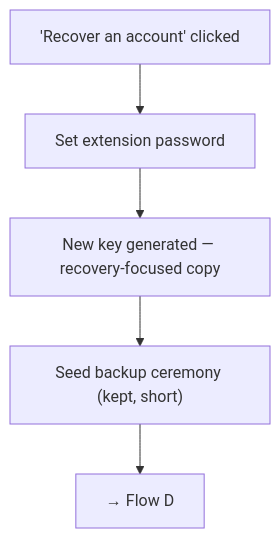
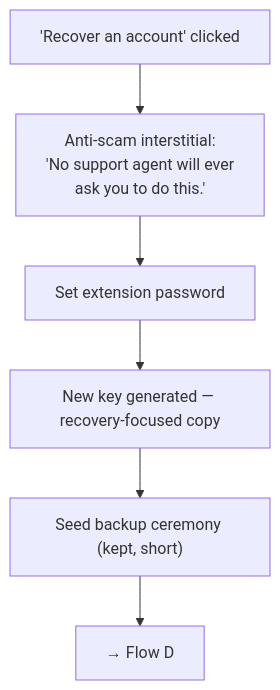
One commit to FiboAtWonder/kohaku-extension changed the second of 10 diagrams in social-recovery-ux-flows.md. Above: the diagram before and after it, drawn with Mermaid. The commit also changed other lines of this file, not shown here.

Commit message:
docs: apply approved 6-perspective review fixes to social recovery UX flows

````diff
--- a/social-recovery-ux-flows.md
+++ b/social-recovery-ux-flows.md
@@ -46,7 +49,10 @@
 ```mermaid
 flowchart TD
-    A["'Recover an account' clicked"] --> B[Set extension password]
+    A["'Recover an account' clicked"] --> S["Anti-scam interstitial:
+    'No support agent will ever
+    ask you to do this.'"]
+    S --> B[Set extension password]
     B --> C["New key generated — recovery-focused copy"]
     C --> D["Seed backup ceremony (kept, short)"]
     D --> E[→ Flow D]
 ```
````
